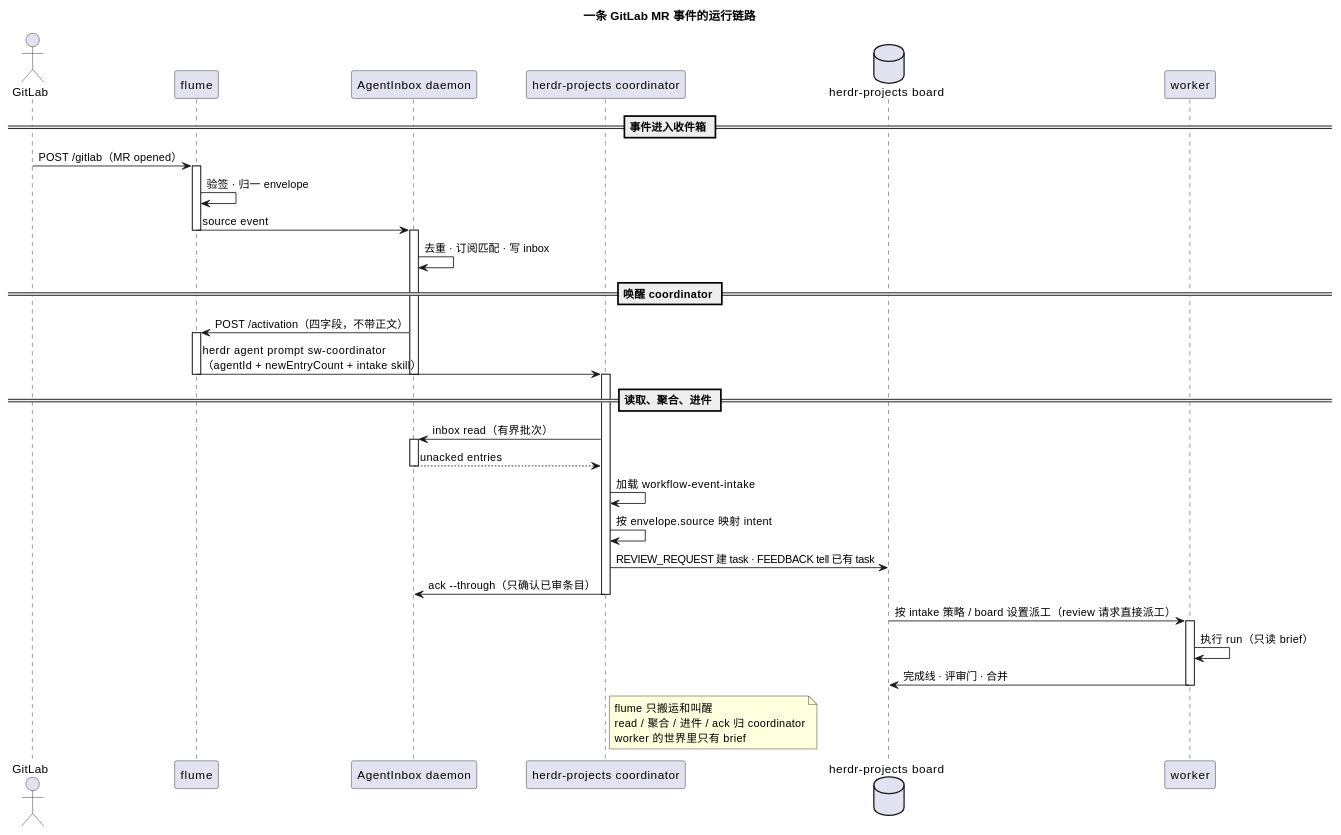
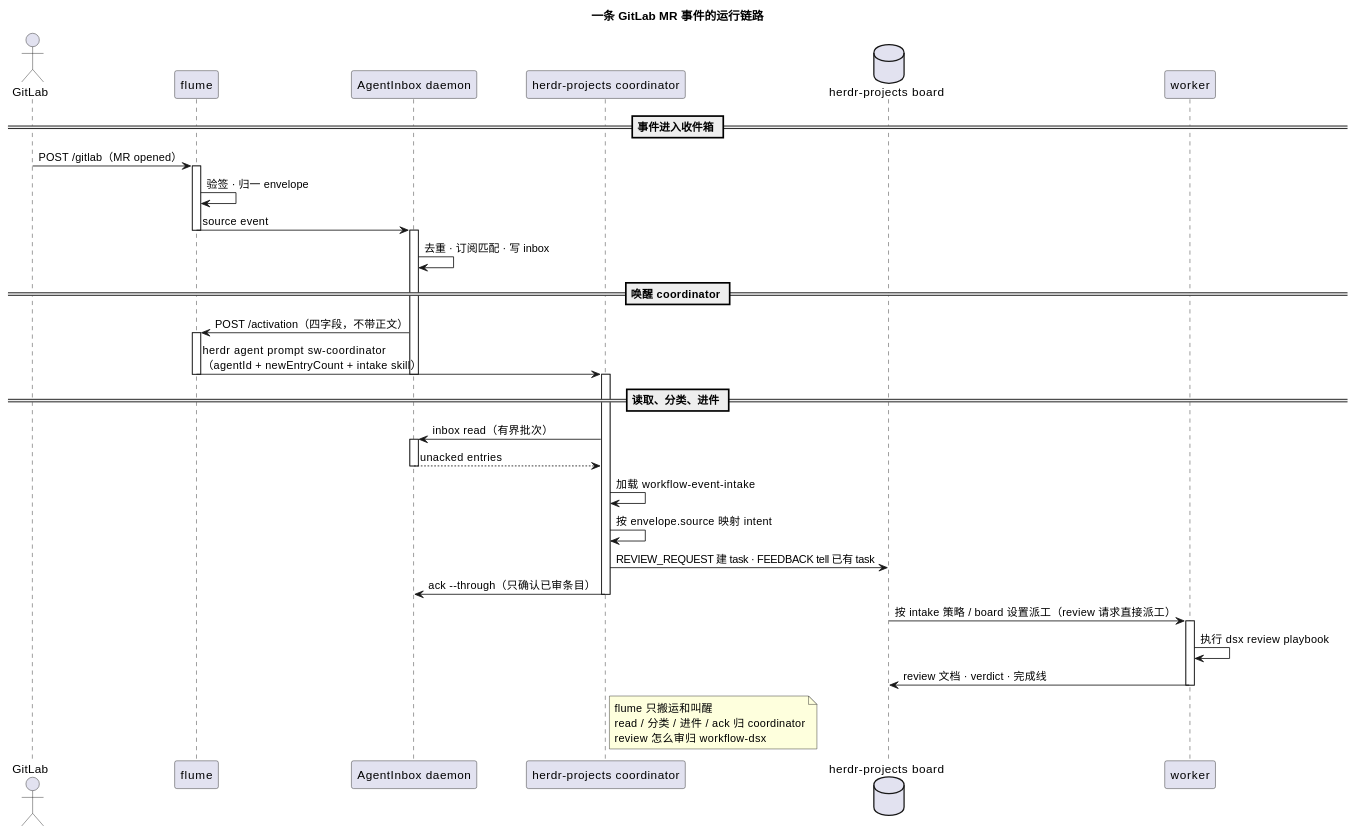
The diagram in README.md (iodone/flume), drawn with PlantUML before and after one commit. The commit also changed other lines of this file, not shown here.

Commit message:
docs: lead with the GitLab event flow before configuration

````diff
--- a/README.md
+++ b/README.md
@@ -164,53 +90,53 @@
 ```plantuml
 @startuml
 title 一条 GitLab MR 事件的运行链路
 
 actor       "GitLab"                      as GL
 participant "flume"                       as FL
 participant "AgentInbox daemon"           as AI
 participant "herdr-projects coordinator"  as CO
 database    "herdr-projects board"        as BD
 participant "worker"                      as WK
 
 == 事件进入收件箱 ==
 GL -> FL : POST /gitlab（MR opened）
 activate FL
 FL -> FL : 验签 · 归一 envelope
 FL -> AI : source event
 deactivate FL
 activate AI
 AI -> AI : 去重 · 订阅匹配 · 写 inbox
 
 == 唤醒 coordinator ==
 AI -> FL : POST /activation（四字段，不带正文）
 activate FL
 FL -> CO : herdr agent prompt sw-coordinator\n（agentId + newEntryCount + intake skill）
 deactivate FL
 deactivate AI
 
-== 读取、聚合、进件 ==
+== 读取、分类、进件 ==
 activate CO
 CO -> AI : inbox read（有界批次）
 activate AI
 AI --> CO : unacked entries
 deactivate AI
 CO -> CO : 加载 workflow-event-intake
 CO -> CO : 按 envelope.source 映射 intent
 CO -> BD : REVIEW_REQUEST 建 task · FEEDBACK tell 已有 task
 CO -> AI : ack --through（只确认已审条目）
 deactivate CO
 
 BD -> WK : 按 intake 策略 / board 设置派工（review 请求直接派工）
 activate WK
-WK -> WK : 执行 run（只读 brief）
-WK -> BD : 完成线 · 评审门 · 合并
+WK -> WK : 执行 dsx review playbook
+WK -> BD : review 文档 · verdict · 完成线
 deactivate WK
 
 note right of CO
   flume 只搬运和叫醒
-  read / 聚合 / 进件 / ack 归 coordinator
-  worker 的世界里只有 brief
+  read / 分类 / 进件 / ack 归 coordinator
+  review 怎么审归 workflow-dsx
 end note
 
 @enduml
 ```
````
